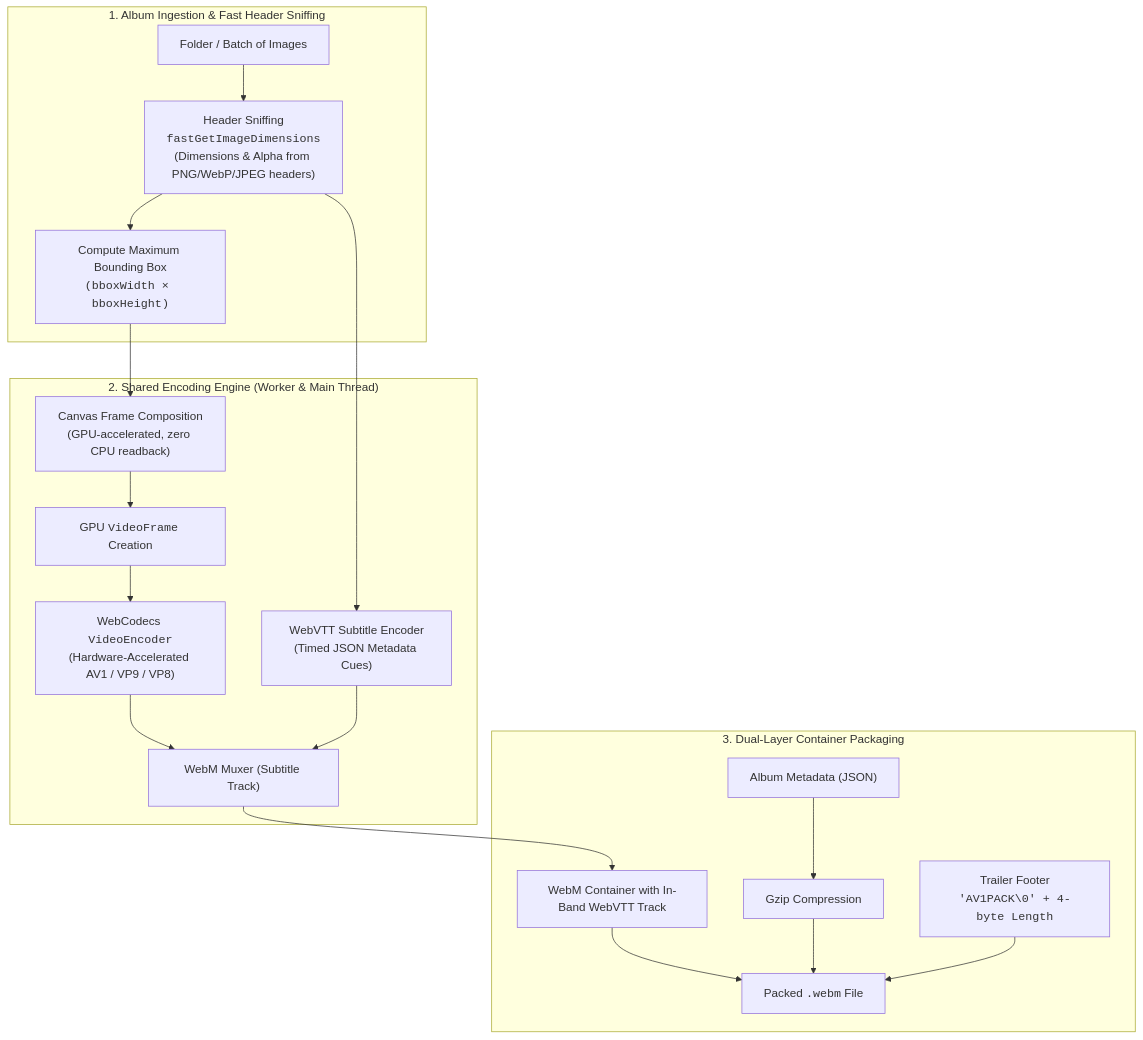
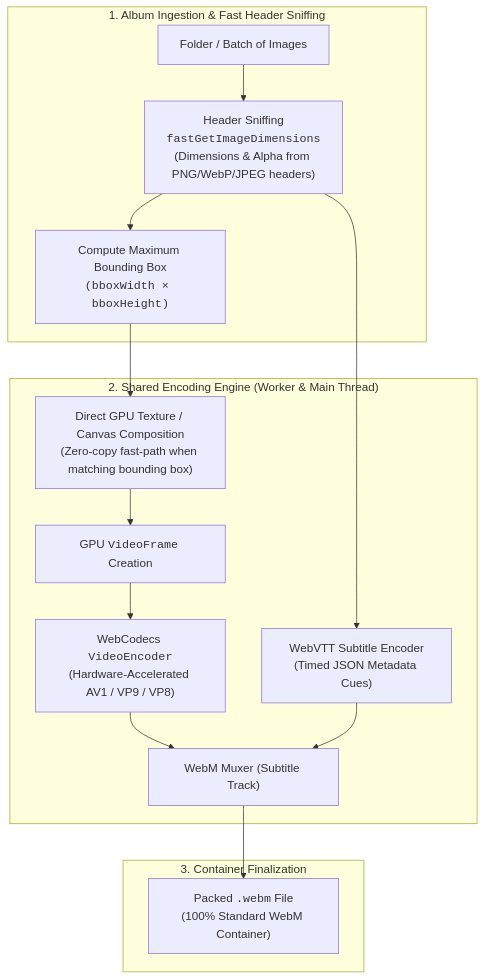
Before and after one commit to davidnoronha1/av1pack: the first of 2 diagrams in README.md, drawn with Mermaid. The commit also changed other lines of this file and 9 other files, not shown here.

Commit message:
feat: clean vector logo, remove badges, and eliminate trailer in favor of pure in-container WebVTT

````diff
--- a/README.md
+++ b/README.md
@@ -36,24 +29,20 @@
 ```mermaid
 flowchart TD
     subgraph Ingestion ["1. Album Ingestion & Fast Header Sniffing"]
         A["Folder / Batch of Images"] --> B["Header Sniffing<br/><code>fastGetImageDimensions</code><br/>(Dimensions & Alpha from PNG/WebP/JPEG headers)"]
         B --> C["Compute Maximum Bounding Box<br/><code>(bboxWidth × bboxHeight)</code>"]
     end
 
     subgraph Core ["2. Shared Encoding Engine (Worker & Main Thread)"]
-        C --> D["Canvas Frame Composition<br/>(GPU-accelerated, zero CPU readback)"]
+        C --> D["Direct GPU Texture / Canvas Composition<br/>(Zero-copy fast-path when matching bounding box)"]
         D --> E["GPU <code>VideoFrame</code> Creation"]
         E --> F["WebCodecs <code>VideoEncoder</code><br/>(Hardware-Accelerated AV1 / VP9 / VP8)"]
         B --> G["WebVTT Subtitle Encoder<br/>(Timed JSON Metadata Cues)"]
         F --> H["WebM Muxer (Video Track)"]
         G --> H["WebM Muxer (Subtitle Track)"]
     end
 
-    subgraph Packaging ["3. Dual-Layer Container Packaging"]
-        H --> I["WebM Container with In-Band WebVTT Track"]
-        J["Album Metadata (JSON)"] --> K["Gzip Compression"]
-        I --> L["Packed <code>.webm</code> File"]
-        K --> L
-        M["Trailer Footer<br/><code>'AV1PACK\0' + 4-byte Length</code>"] --> L
+    subgraph Packaging ["3. Container Finalization"]
+        H --> I["Packed <code>.webm</code> File<br/>(100% Standard WebM Container)"]
     end
 ```
````
